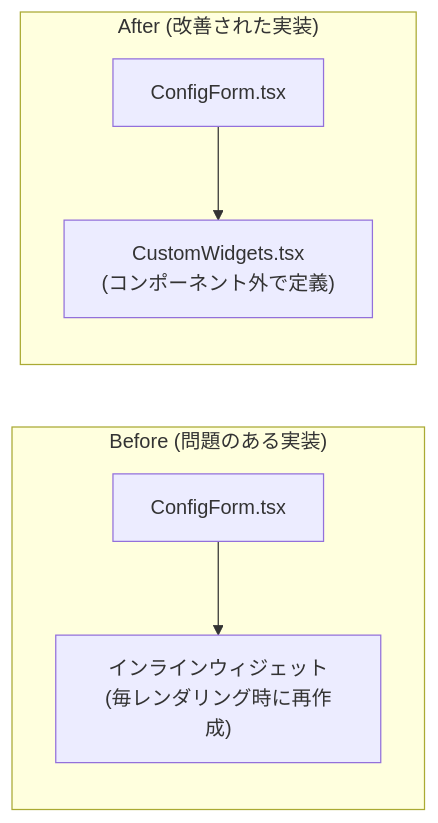
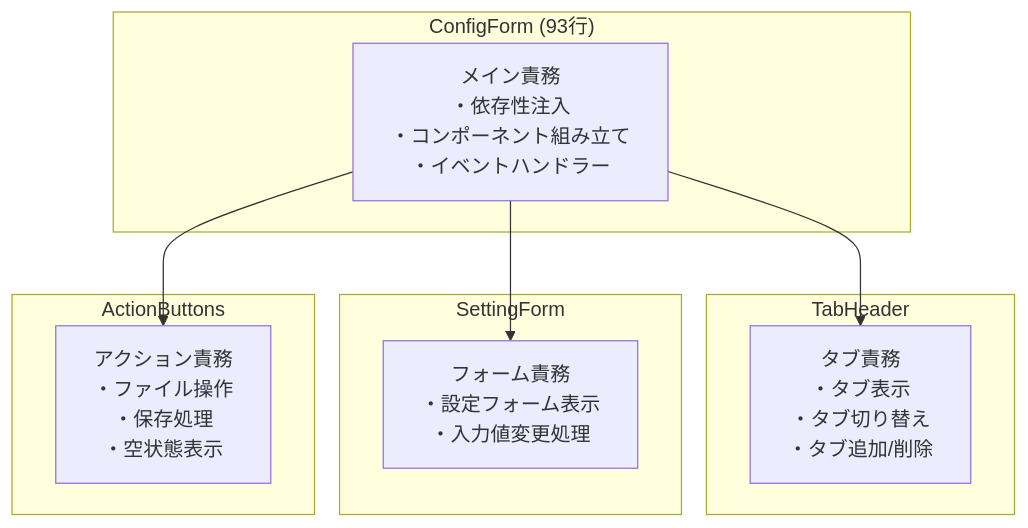
The fifth of 10 diagrams in docs/configform-detailed-explanation.md (okayus/kintone-plugin-template), drawn with Mermaid before and after one commit. The commit also changed other lines of this file and 17 other files, not shown here.

First line of the commit message:
docs: update documentation to reflect refactored architecture

````diff
--- a/docs/configform-detailed-explanation.md
+++ b/docs/configform-detailed-explanation.md
@@ -198,10 +335,22 @@
 ```mermaid
-graph LR
-    subgraph "Before (問題のある実装)"
-        ConfigForm1["ConfigForm.tsx"] --> InlineWidgets["インラインウィジェット<br/>(毎レンダリング時に再作成)"]
+graph TB
+    subgraph "ConfigForm (93行)"
+        Main["メイン責務<br/>・依存性注入<br/>・コンポーネント組み立て<br/>・イベントハンドラー"]
     end
     
-    subgraph "After (改善された実装)"
-        ConfigForm2["ConfigForm.tsx"] --> ExternalWidgets["CustomWidgets.tsx<br/>(コンポーネント外で定義)"]
+    subgraph "TabHeader"
+        TabResp["タブ責務<br/>・タブ表示<br/>・タブ切り替え<br/>・タブ追加/削除"]
     end
+    
+    subgraph "SettingForm"
+        FormResp["フォーム責務<br/>・設定フォーム表示<br/>・入力値変更処理"]
+    end
+    
+    subgraph "ActionButtons"
+        ActionResp["アクション責務<br/>・ファイル操作<br/>・保存処理<br/>・空状態表示"]
+    end
+    
+    Main --> TabResp
+    Main --> FormResp
+    Main --> ActionResp
 ```
````
